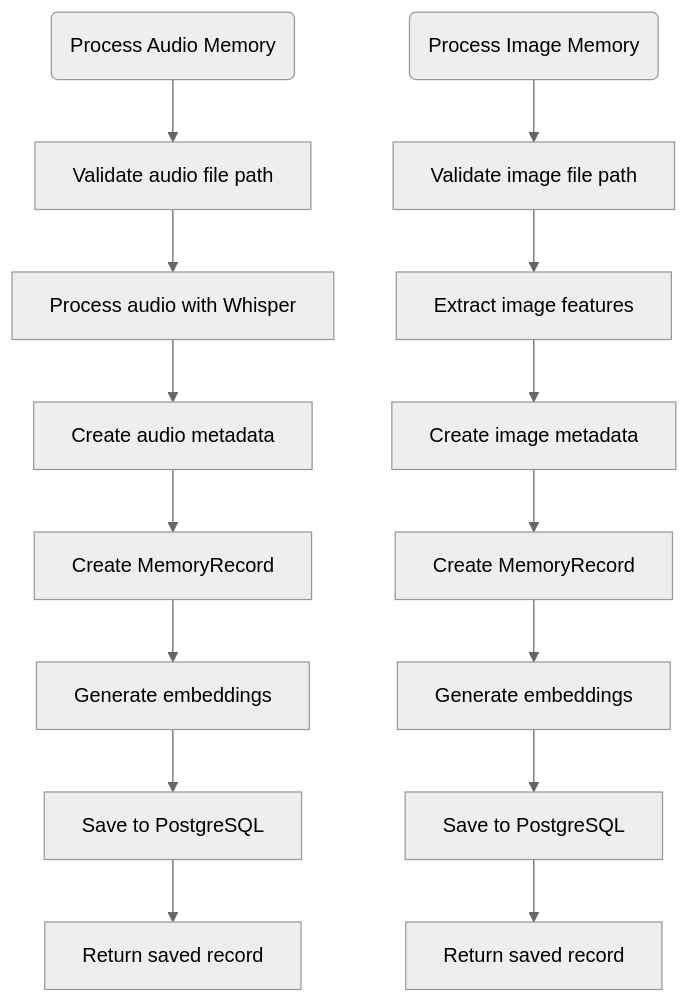
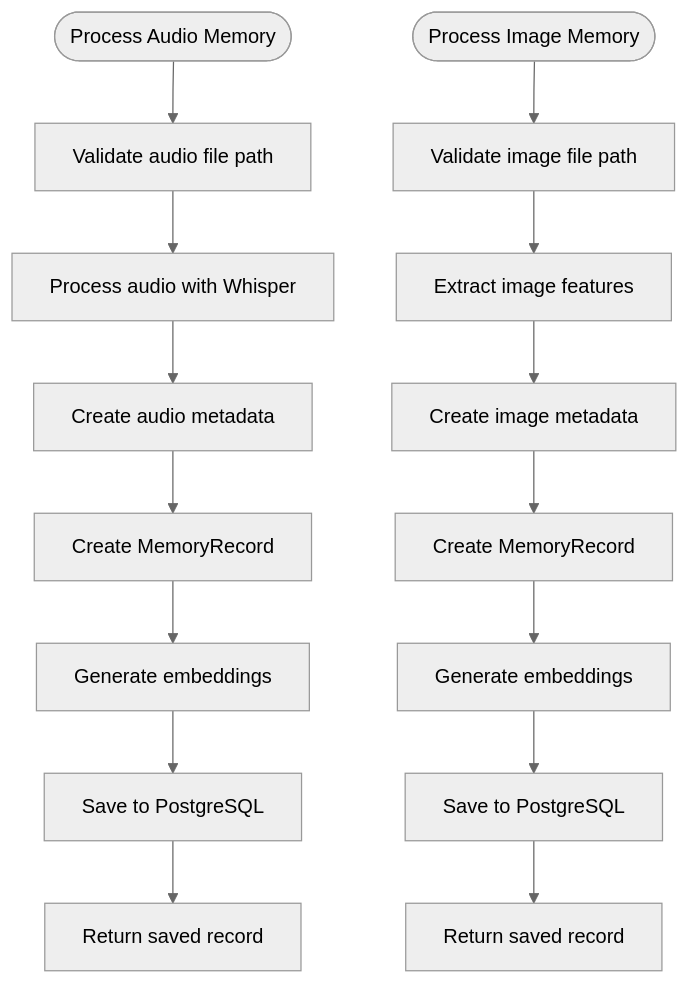
Before and after one commit to Likhithsai2580/RAVANA-WIKI: the fifth of 6 diagrams in docs/API Reference/Memory Service API.md, drawn with Mermaid (neutral theme). The commit also changed other lines of this file and 78 other files, not shown here.

````diff
--- a/docs/API Reference/Memory Service API.md
+++ b/docs/API Reference/Memory Service API.md
@@ -183,18 +179,17 @@
 ```mermaid
 flowchart TD
-Start("Process Audio Memory") --> ValidateInput["Validate audio file path"]
+Start([Process Audio Memory]) --> ValidateInput["Validate audio file path"]
 ValidateInput --> ProcessAudio["Process audio with Whisper"]
 ProcessAudio --> CreateMetadata["Create audio metadata"]
 CreateMetadata --> CreateRecord["Create MemoryRecord"]
 CreateRecord --> GenerateEmbeddings["Generate embeddings"]
 GenerateEmbeddings --> SaveToDB["Save to PostgreSQL"]
 SaveToDB --> ReturnResult["Return saved record"]
-StartImage("Process Image Memory") --> ValidateImage["Validate image file path"]
+StartImage([Process Image Memory]) --> ValidateImage["Validate image file path"]
 ValidateImage --> ExtractFeatures["Extract image features"]
 ExtractFeatures --> CreateImageMetadata["Create image metadata"]
 CreateImageMetadata --> CreateImageRecord["Create MemoryRecord"]
 CreateImageRecord --> GenerateImageEmbeddings["Generate embeddings"]
 GenerateImageEmbeddings --> SaveImageToDB["Save to PostgreSQL"]
 SaveImageToDB --> ReturnImageResult["Return saved record"]
-
 ```
````
